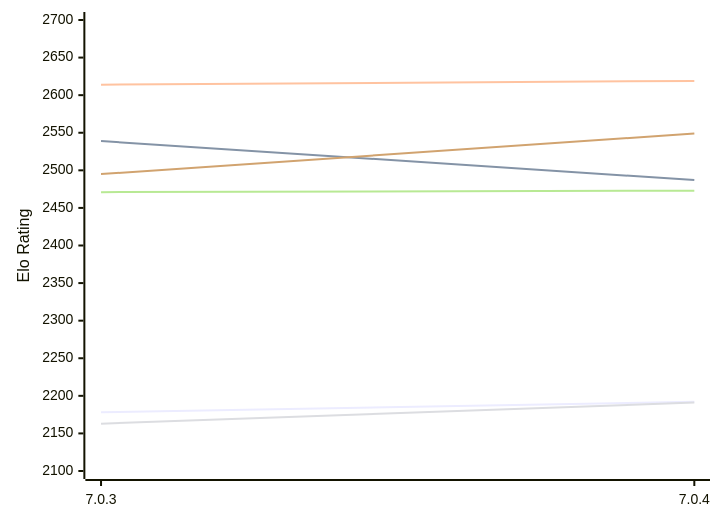
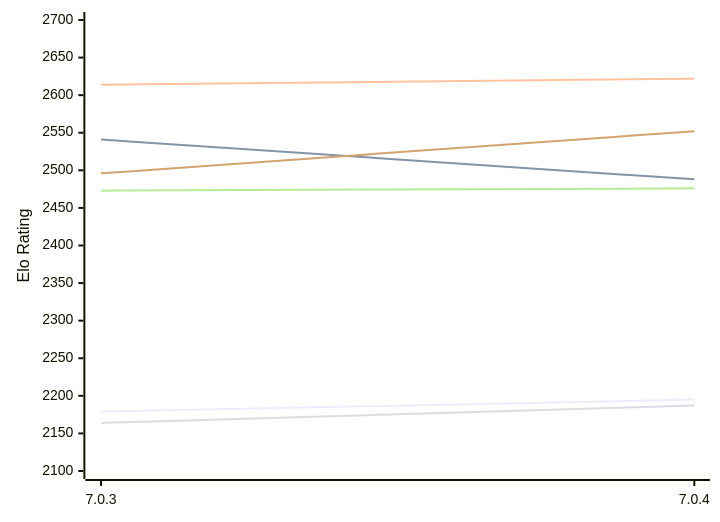
Before and after one commit to computer-chess-index/cci: the diagram in engines/Buster.md, drawn with Mermaid. The commit also changed other lines of this file, not shown here.

Commit message:
Update CCI Ratings (ELO VLTC) - 2026-11-19

````diff
--- a/engines/Buster.md
+++ b/engines/Buster.md
@@ -49,12 +49,12 @@
 ```mermaid
 %%{init: {"theme":"base","themeVariables":{"seriesColors:['#a3a3a3','#222221','#faa371']}}}%%
 xychart-beta
   x-axis ["7.0.3", "7.0.4"]
   y-axis "Elo Rating" 2100 --> 2700
-  line "E1: STC (8.0+0.08s)" [2178, 2192]
-  line "E1: LTC (60.0+0.60s)" [2539, 2487]
-  line "E1: VLTC (2m24s+1.12s)" [2614, 2619]
-  line "P1: STC (8.0+0.08s)" [2163, 2191]
-  line "P1: LTC (60.0+0.60s)" [2471, 2473]
-  line "P1: VLTC (2m24s+1.12s)" [2495, 2549]
+  line "E1: STC (8.0+0.08s)" [2179, 2195]
+  line "E1: LTC (60.0+0.60s)" [2541, 2488]
+  line "E1: VLTC (2m24s+1.12s)" [2614, 2622]
+  line "P1: STC (8.0+0.08s)" [2164, 2187]
+  line "P1: LTC (60.0+0.60s)" [2473, 2476]
+  line "P1: VLTC (2m24s+1.12s)" [2496, 2552]
 ```
````
